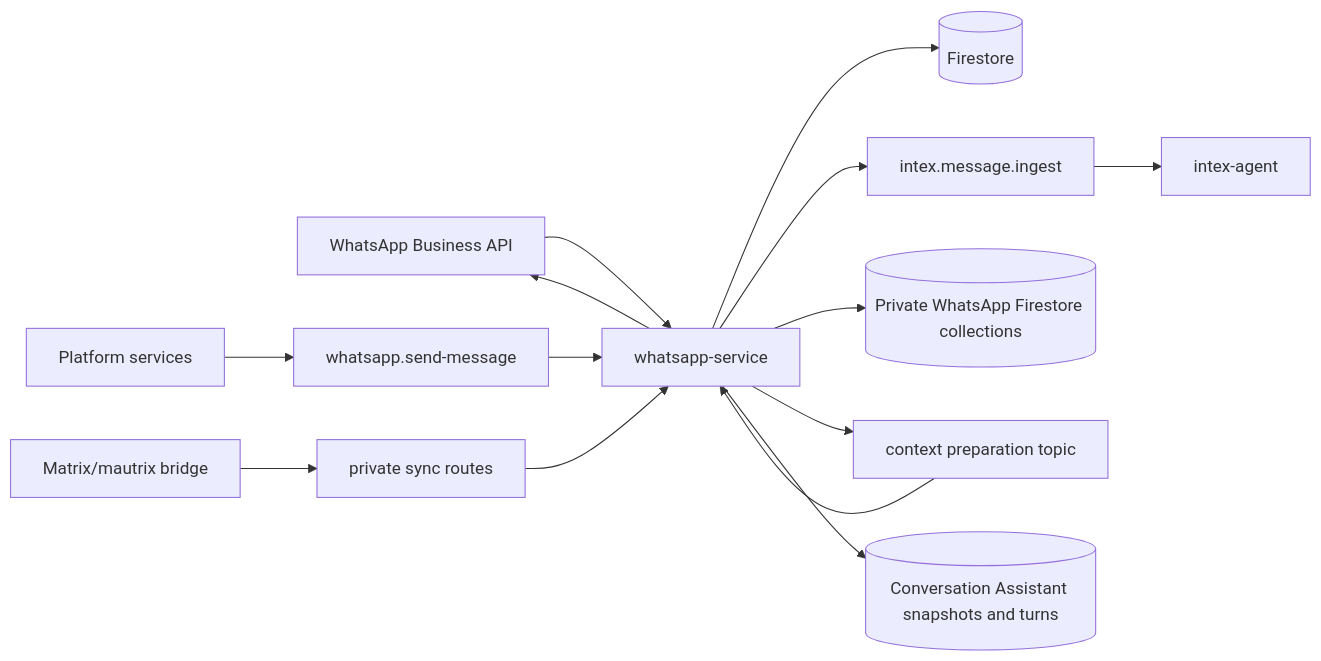
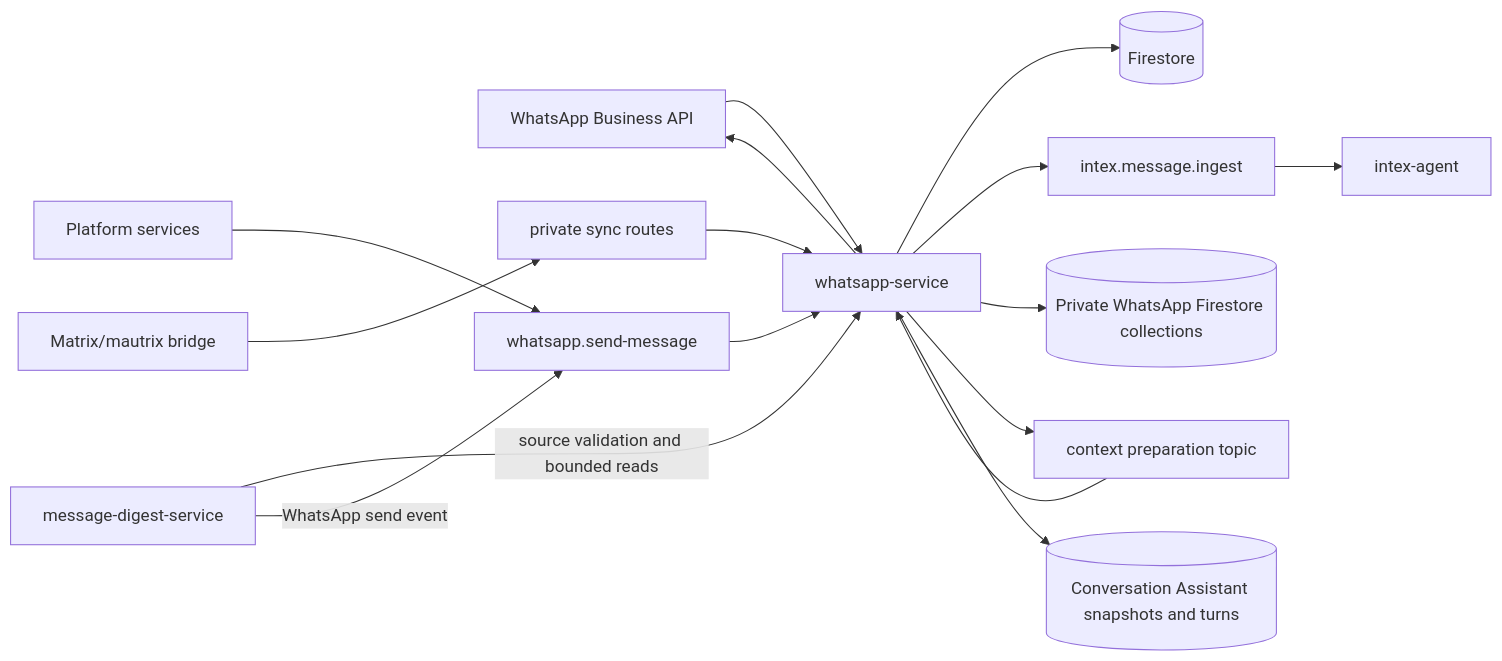
Before and after one commit to pbuchman/intexuraos: the diagram in docs/services/whatsapp-service/technical.md, drawn with Mermaid. The commit also changed other lines of this file and 494 other files, not shown here.

First line of the commit message:
feat: add WhatsApp message digests

````diff
--- a/docs/services/whatsapp-service/technical.md
+++ b/docs/services/whatsapp-service/technical.md
@@ -7,16 +7,18 @@
 ```mermaid
 flowchart LR
     Meta[WhatsApp Business API] --> WS[whatsapp-service]
     WS --> Store[(Firestore)]
     WS --> IntexTopic[intex.message.ingest]
     IntexTopic --> Intex[intex-agent]
     Services[Platform services] --> SendTopic[whatsapp.send-message]
     SendTopic --> WS
     WS --> Meta
     Matrix[Matrix/mautrix bridge] --> PrivateSync[private sync routes]
     PrivateSync --> WS
     WS --> PrivateStore[(Private WhatsApp Firestore collections)]
     WS --> ContextWork[context preparation topic]
     ContextWork --> WS
     WS --> AssistantStore[(Conversation Assistant snapshots and turns)]
+    Digest[message-digest-service] -->|source validation and bounded reads| WS
+    Digest -->|WhatsApp send event| SendTopic
 ```
````
